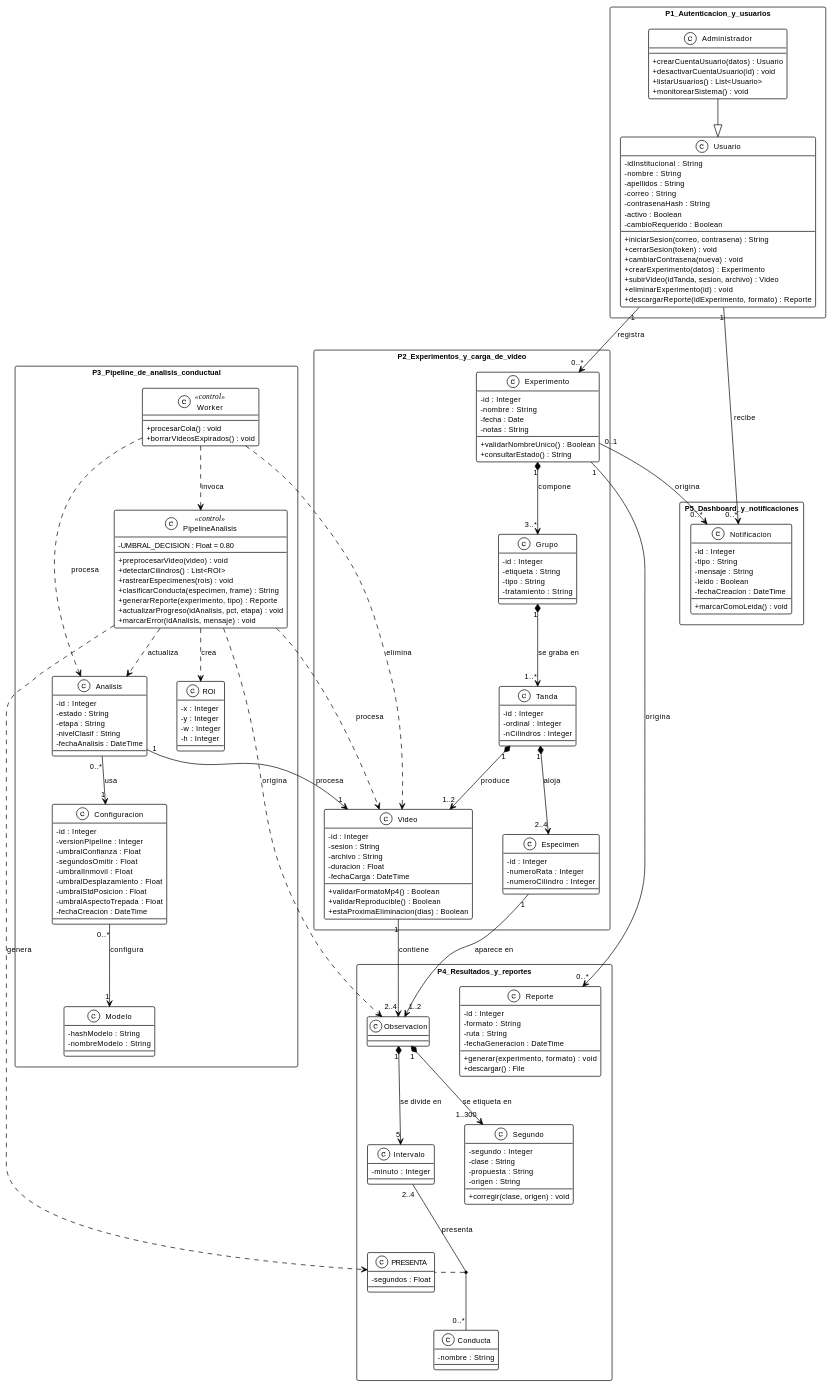
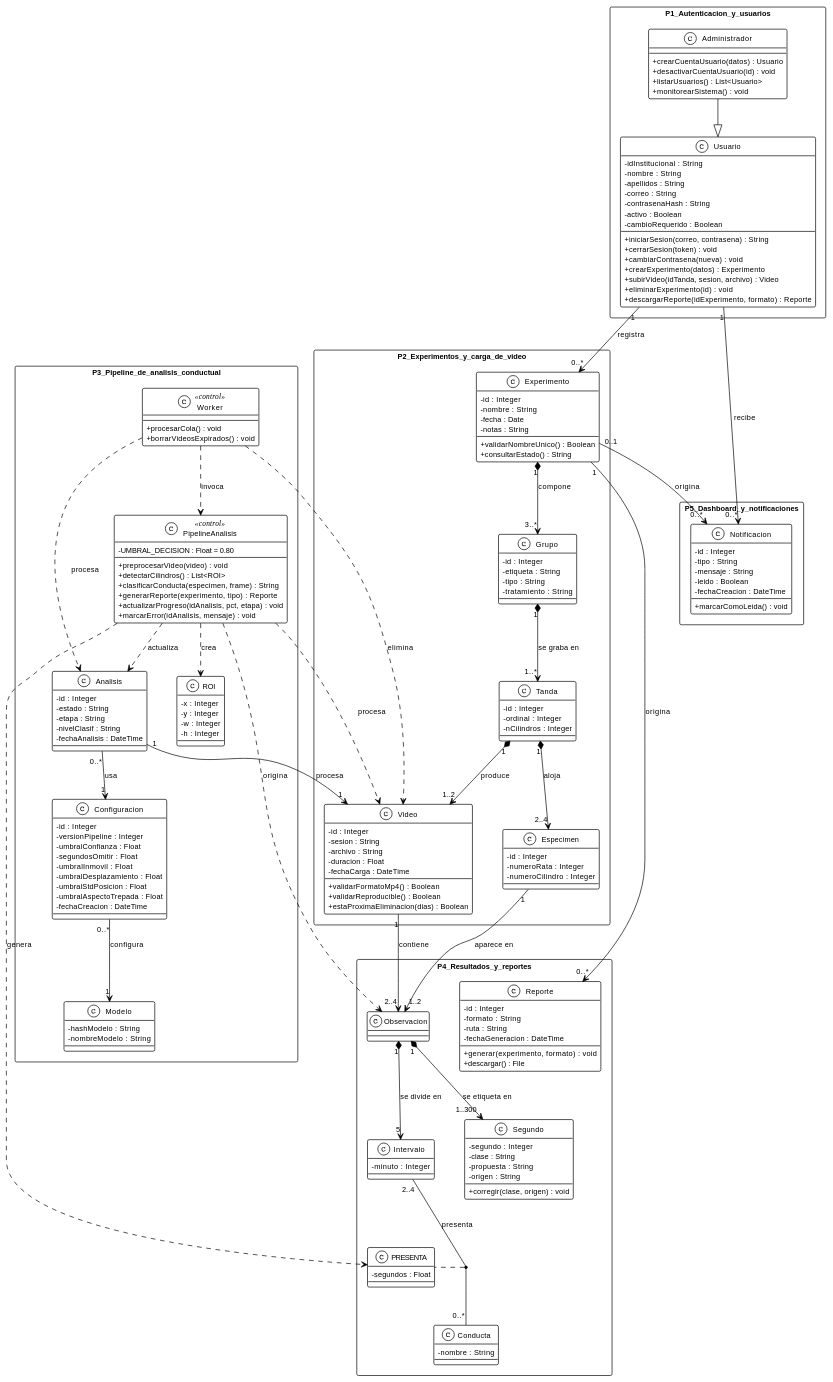
Diagram 13 of 38 in INSTRUCCIONES-WEB.md (ErickJester/fst-ai-system-latex), drawn with PlantUML before and after one commit. The commit also changed other lines of this file and 33 other files, not shown here.

```diff
--- a/INSTRUCCIONES-WEB.md
+++ b/INSTRUCCIONES-WEB.md
@@ -1510,7 +1509,6 @@
     -UMBRAL_DECISION : Float = 0.80
     +preprocesarVideo(video) : void
     +detectarCilindros() : List<ROI>
-    +rastrearEspecimenes(rois) : void
     +clasificarConducta(especimen, frame) : String
     +generarReporte(experimento, tipo) : Reporte
     +actualizarProgreso(idAnalisis, pct, etapa) : void
```
